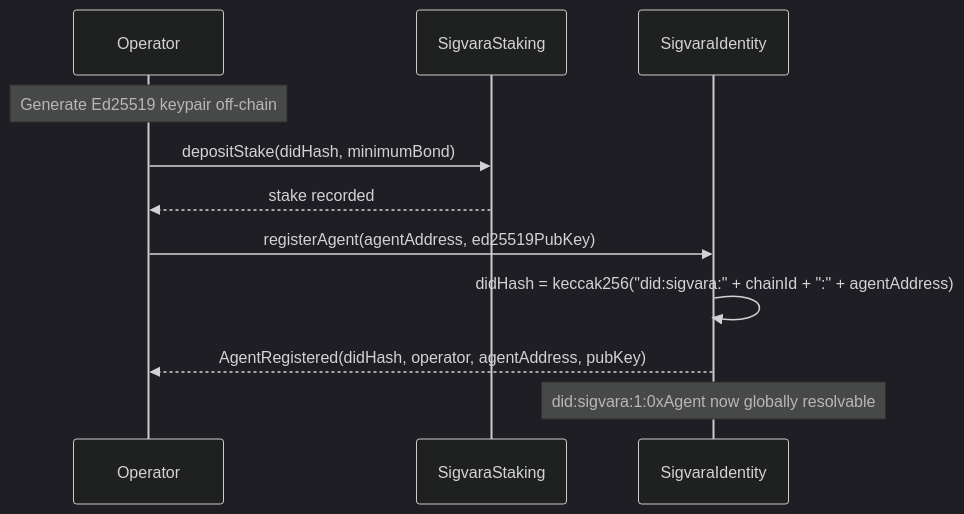
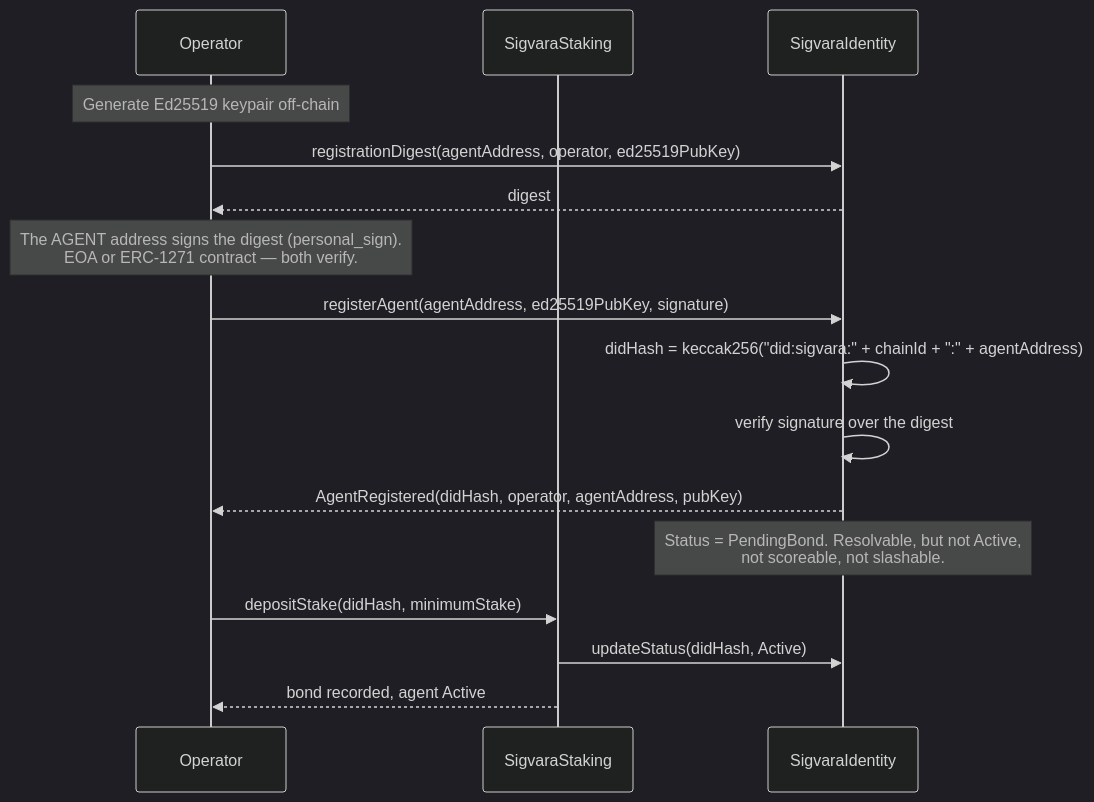
Before and after one commit to RunTimeAdmin/Sigvara: the fourth of 6 diagrams in README.md, drawn with Mermaid (dark theme). The commit also changed other lines of this file and 10 other files, not shown here.

````diff
--- a/README.md
+++ b/README.md
@@ -221,14 +258,19 @@
 ```mermaid
 sequenceDiagram
     participant Op as Operator
     participant ST as SigvaraStaking
     participant ID as SigvaraIdentity
 
     Note over Op: Generate Ed25519 keypair off-chain
-    Op->>ST: depositStake(didHash, minimumBond)
-    ST-->>Op: stake recorded
-    Op->>ID: registerAgent(agentAddress, ed25519PubKey)
+    Op->>ID: registrationDigest(agentAddress, operator, ed25519PubKey)
+    ID-->>Op: digest
+    Note over Op: The AGENT address signs the digest (personal_sign).<br/>EOA or ERC-1271 contract — both verify.
+    Op->>ID: registerAgent(agentAddress, ed25519PubKey, signature)
     ID->>ID: didHash = keccak256("did:sigvara:" + chainId + ":" + agentAddress)
+    ID->>ID: verify signature over the digest
     ID-->>Op: AgentRegistered(didHash, operator, agentAddress, pubKey)
-    Note over ID: did:sigvara:1:0xAgent now globally resolvable
+    Note over ID: Status = PendingBond. Resolvable, but not Active,<br/>not scoreable, not slashable.
+    Op->>ST: depositStake(didHash, minimumStake)
+    ST->>ID: updateStatus(didHash, Active)
+    ST-->>Op: bond recorded, agent Active
 ```
````
